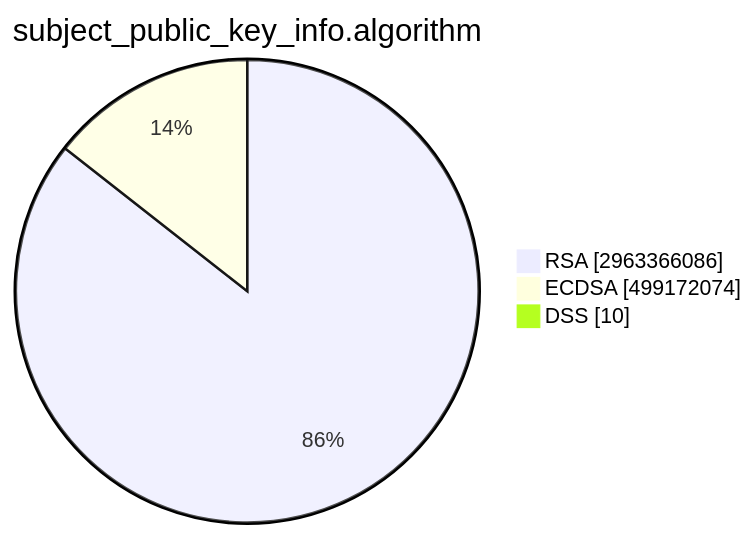
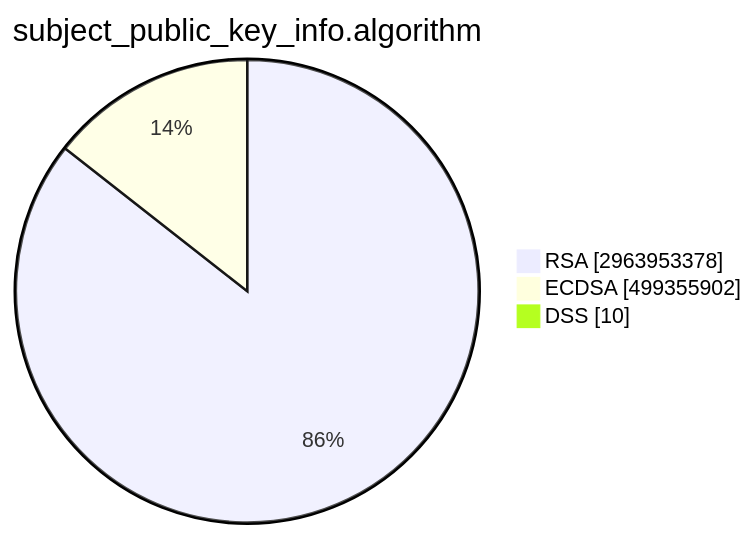
One commit to christiankrug/ctmonitor_visualization changed the second of 15 diagrams in TOTAL/README.md. Above: the diagram before and after it, drawn with Mermaid. The commit also changed other lines of this file, not shown here.

````diff
--- a/TOTAL/README.md
+++ b/TOTAL/README.md
@@ -6,7 +6,7 @@
 ```mermaid
 pie showData
 title subject_public_key_info.algorithm
-"RSA" :2963366086
-"ECDSA" :499172074
+"RSA" :2963953378
+"ECDSA" :499355902
 "DSS" :10
 ```
````
